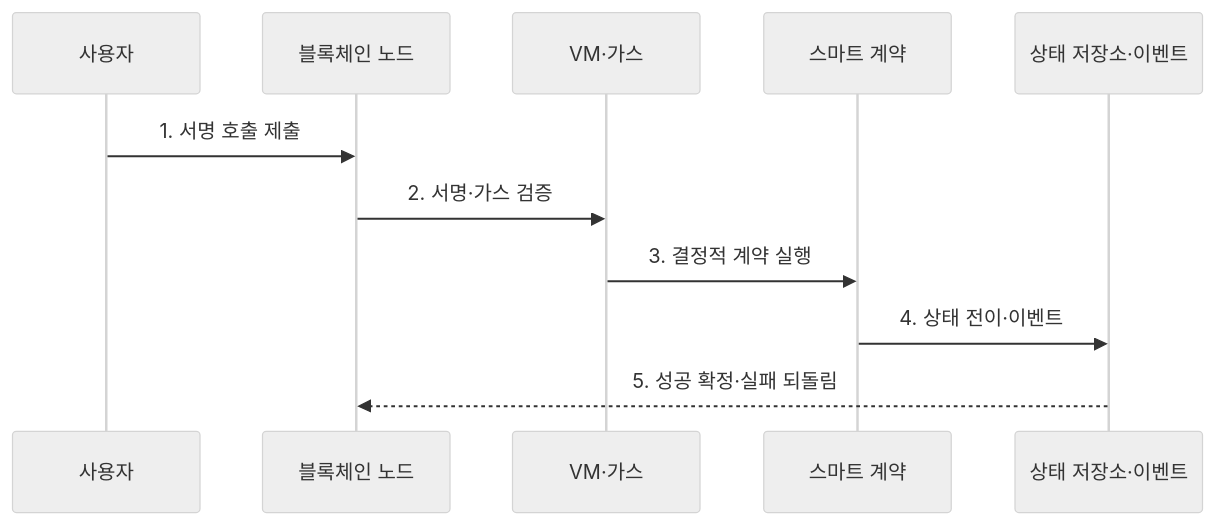
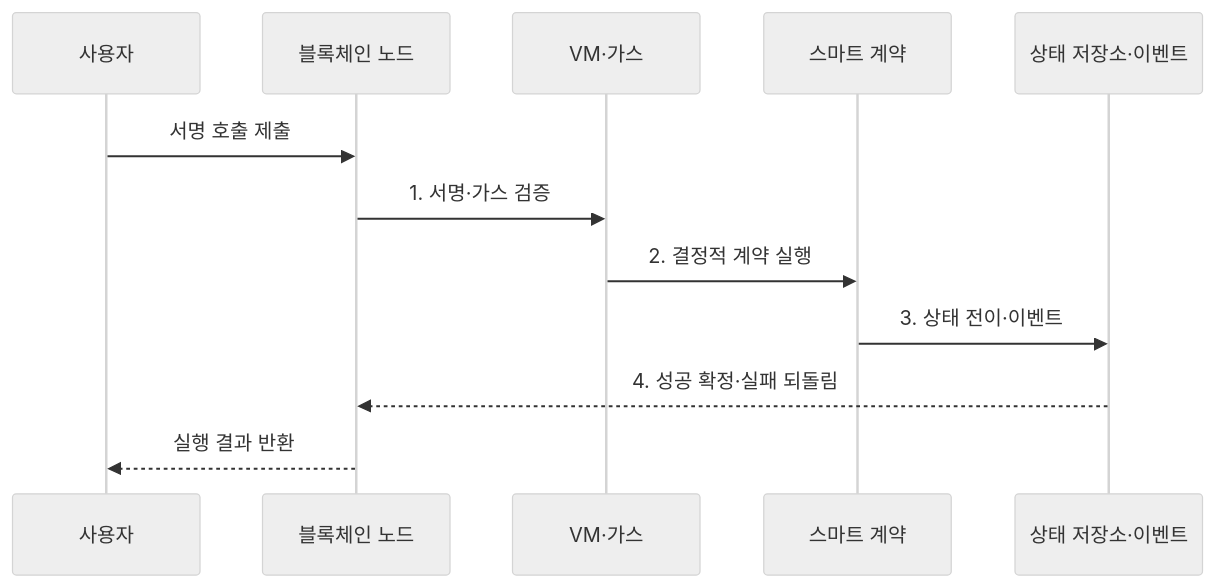
Before and after one commit to agnusdei1207/knowledge-base: the second of 2 diagrams in src/content/docs/notes/08-latest-tech/219_smart_contract.md, drawn with Mermaid (neutral theme). The commit also changed other lines of this file and 225 other files, not shown here.

````diff
--- a/src/content/docs/notes/08-latest-tech/219_smart_contract.md
+++ b/src/content/docs/notes/08-latest-tech/219_smart_contract.md
@@ -73,13 +73,14 @@
 ```mermaid
 sequenceDiagram
   participant U as 사용자
   participant N as 블록체인 노드
   participant V as VM·가스
   participant C as 스마트 계약
   participant S as 상태 저장소·이벤트
-  U->>N: 1. 서명 호출 제출
-  N->>V: 2. 서명·가스 검증
-  V->>C: 3. 결정적 계약 실행
-  C->>S: 4. 상태 전이·이벤트
-  S-->>N: 5. 성공 확정·실패 되돌림
+  U->>N: 서명 호출 제출
+  N->>V: 1. 서명·가스 검증
+  V->>C: 2. 결정적 계약 실행
+  C->>S: 3. 상태 전이·이벤트
+  S-->>N: 4. 성공 확정·실패 되돌림
+  N-->>U: 실행 결과 반환
 ```
````
